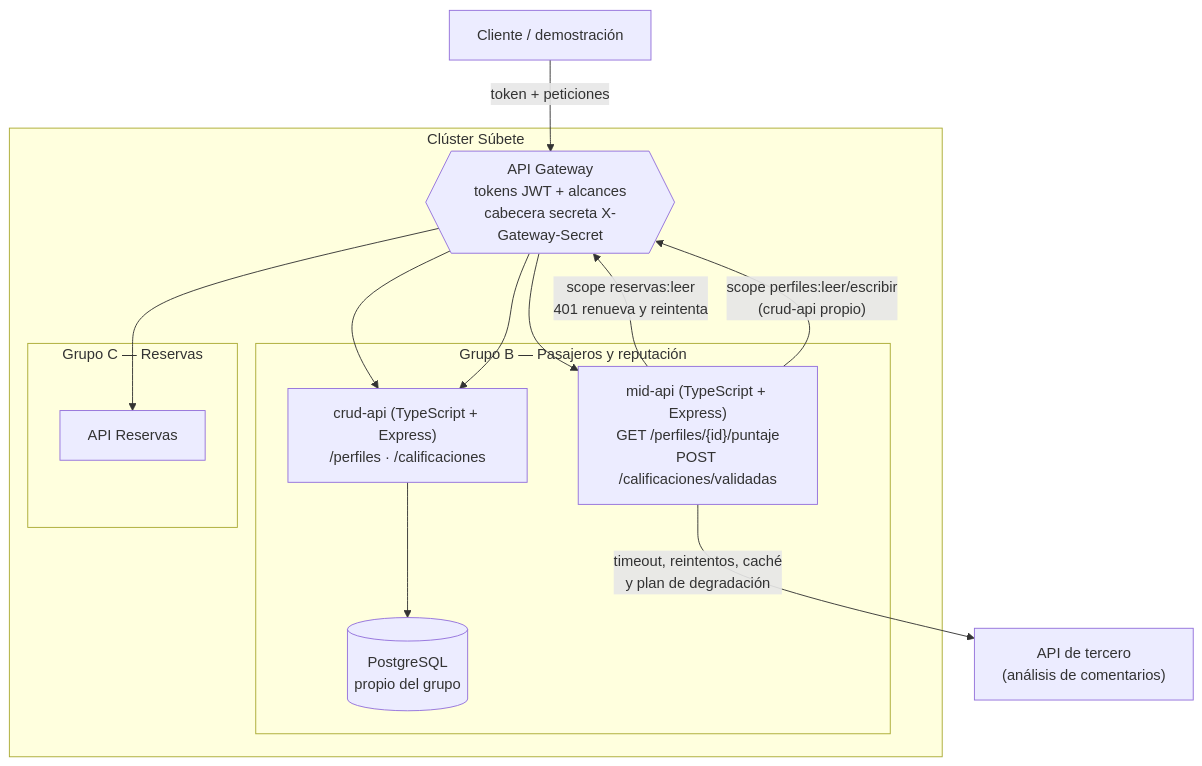
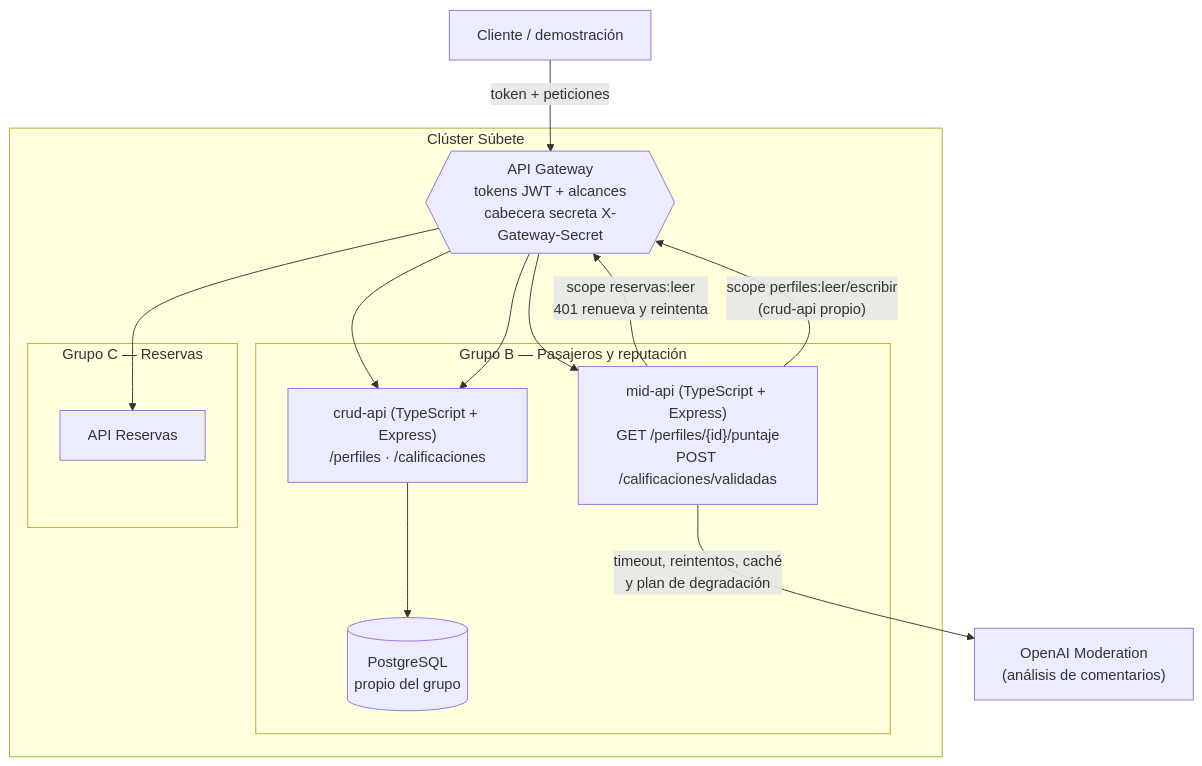
One commit to JMorvid-05/Subete-ServicePyC-TSNode changed the diagram in README.md. Above: the diagram before and after it, drawn with Mermaid. The commit also changed other lines of this file and 12 other files, not shown here.

Commit message:
Feat API tercero OpenAI Moderation

````diff
--- a/README.md
+++ b/README.md
@@ -48,29 +46,29 @@
 ```mermaid
 flowchart TB
     CLI["Cliente / demostración"]
-    EXT["API de tercero<br/>(análisis de comentarios)"]
+    EXT["OpenAI Moderation<br/>(análisis de comentarios)"]
 
     subgraph CLUSTER["Clúster Súbete"]
         GW{{"API Gateway<br/>tokens JWT + alcances<br/>cabecera secreta X-Gateway-Secret"}}
 
         subgraph GB["Grupo B — Pasajeros y reputación"]
             MID["mid-api (TypeScript + Express)<br/>GET /perfiles/{id}/puntaje<br/>POST /calificaciones/validadas"]
             CRUD["crud-api (TypeScript + Express)<br/>/perfiles · /calificaciones"]
             DB[("PostgreSQL<br/>propio del grupo")]
             CRUD --> DB
         end
 
         subgraph GC["Grupo C — Reservas"]
             RES["API Reservas"]
         end
     end
 
     CLI -->|"token + peticiones"| GW
     GW --> CRUD
     GW --> MID
     MID -->|"scope reservas:leer<br/>401 renueva y reintenta"| GW
     GW --> RES
     MID -->|"scope perfiles:leer/escribir<br/>(crud-api propio)"| GW
     GW --> CRUD
     MID -->|"timeout, reintentos, caché<br/>y plan de degradación"| EXT
 ```
````
